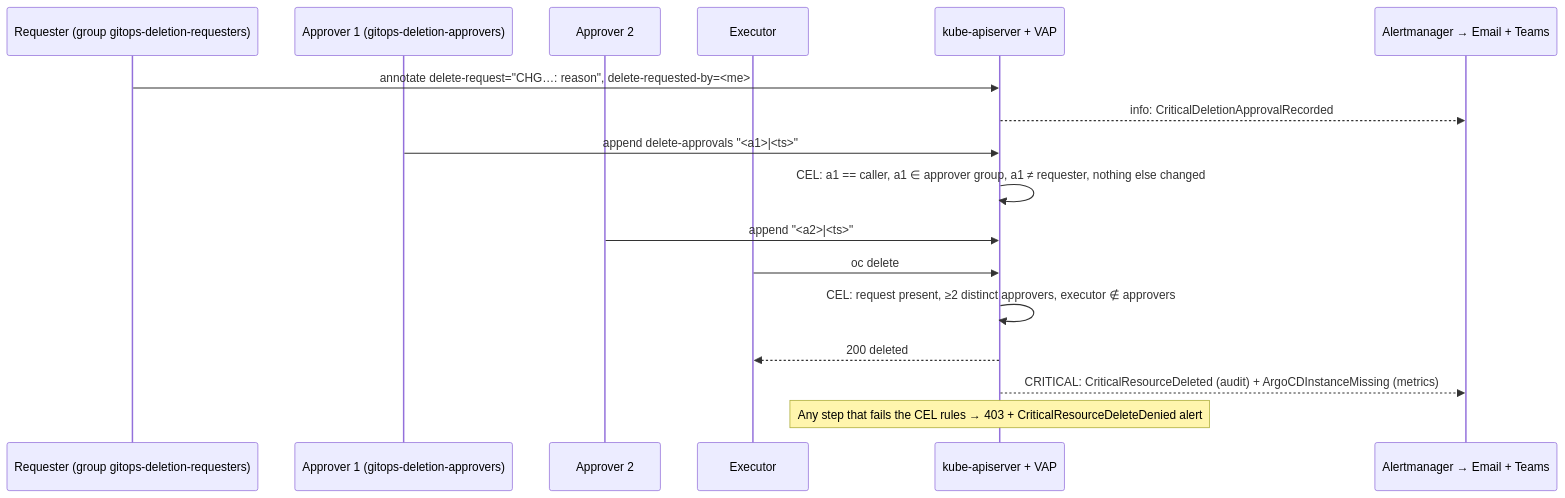
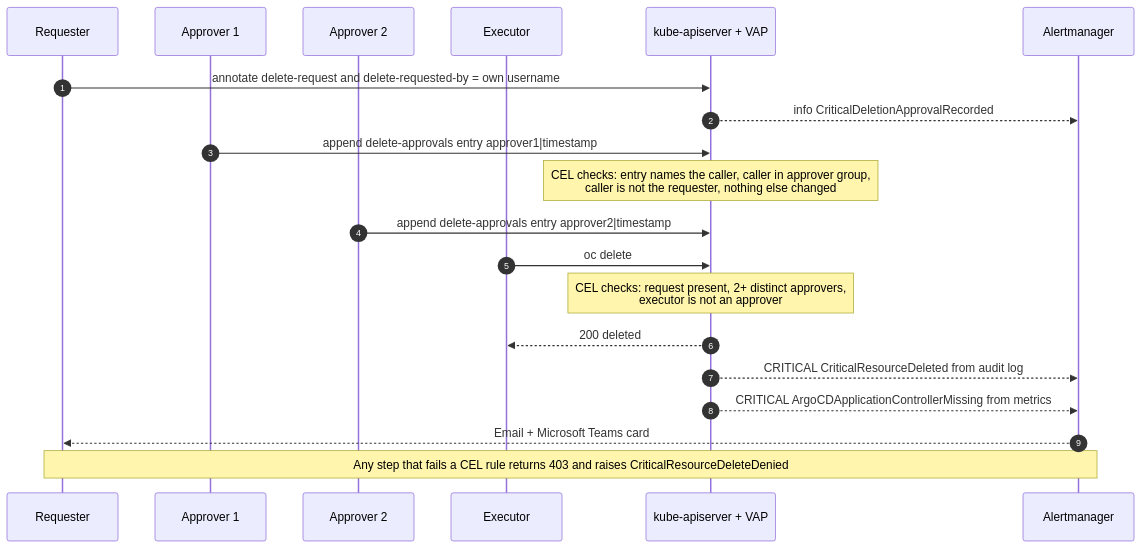
Before and after one commit to a2z-ice/openshift-gaurdtail: the second of 2 diagrams in README.md, drawn with Mermaid. The commit also changed other lines of this file and 4 other files, not shown here.

Commit message:
update diagram

````diff
--- a/README.md
+++ b/README.md
@@ -46,19 +57,22 @@
 ```mermaid
 sequenceDiagram
-  participant R as Requester (group gitops-deletion-requesters)
-  participant A1 as Approver 1 (gitops-deletion-approvers)
-  participant A2 as Approver 2
-  participant E as Executor
-  participant API as kube-apiserver + VAP
-  participant AM as Alertmanager → Email + Teams
-  R->>API: annotate delete-request="CHG…: reason", delete-requested-by=<me>
-  API-->>AM: info: CriticalDeletionApprovalRecorded
-  A1->>API: append delete-approvals "<a1>|<ts>"
-  API->>API: CEL: a1 == caller, a1 ∈ approver group, a1 ≠ requester, nothing else changed
-  A2->>API: append "<a2>|<ts>"
-  E->>API: oc delete
-  API->>API: CEL: request present, ≥2 distinct approvers, executor ∉ approvers
-  API-->>E: 200 deleted
-  API-->>AM: CRITICAL: CriticalResourceDeleted (audit) + ArgoCDInstanceMissing (metrics)
-  Note over API: Any step that fails the CEL rules → 403 + CriticalResourceDeleteDenied alert
+    autonumber
+    participant R as Requester
+    participant A1 as Approver 1
+    participant A2 as Approver 2
+    participant E as Executor
+    participant API as kube-apiserver + VAP
+    participant AM as Alertmanager
+    R->>API: annotate delete-request and delete-requested-by = own username
+    API-->>AM: info CriticalDeletionApprovalRecorded
+    A1->>API: append delete-approvals entry approver1|timestamp
+    Note over API: CEL checks: entry names the caller, caller in approver group,<br/>caller is not the requester, nothing else changed
+    A2->>API: append delete-approvals entry approver2|timestamp
+    E->>API: oc delete
+    Note over API: CEL checks: request present, 2+ distinct approvers,<br/>executor is not an approver
+    API-->>E: 200 deleted
+    API-->>AM: CRITICAL CriticalResourceDeleted from audit log
+    API-->>AM: CRITICAL ArgoCDApplicationControllerMissing from metrics
+    AM-->>R: Email + Microsoft Teams card
+    Note over R,AM: Any step that fails a CEL rule returns 403 and raises CriticalResourceDeleteDenied
 ```
````
